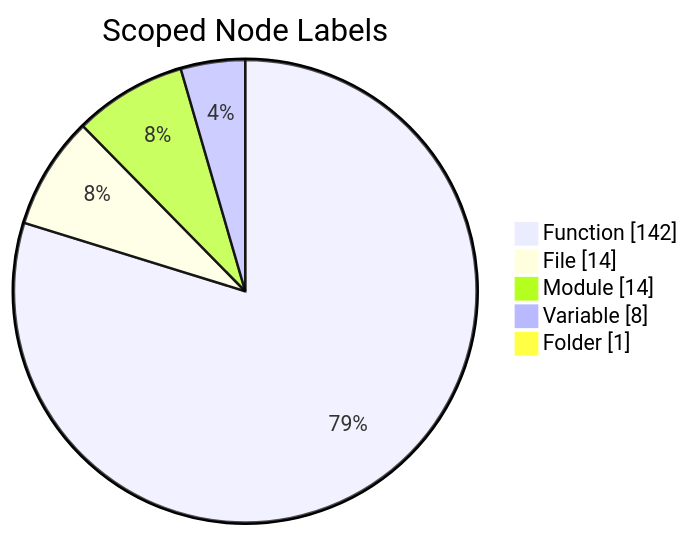
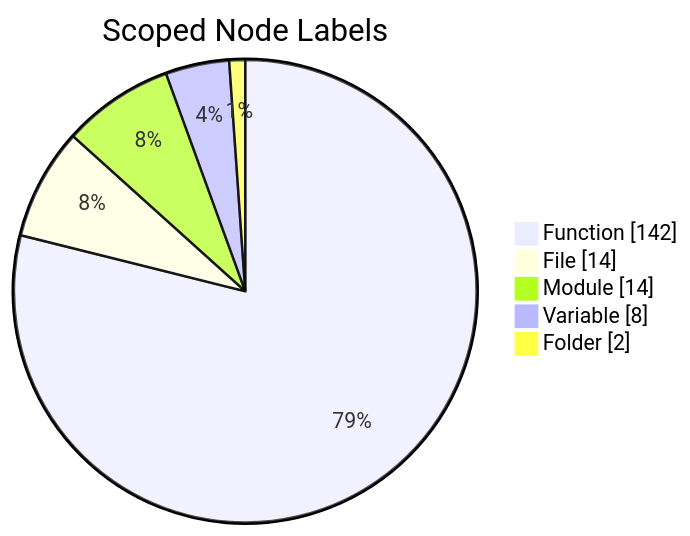
The third of 7 diagrams in .refactor/analysis/candidates/report.md (scl2bp/refactor_cli), drawn with Mermaid before and after one commit. The commit also changed other lines of this file and 1 other file, not shown here.

````diff
--- a/.refactor/analysis/candidates/report.md
+++ b/.refactor/analysis/candidates/report.md
@@ -145,9 +145,9 @@
 ```mermaid
 pie showData
   title Scoped Node Labels
   "Function" : 142
   "File" : 14
   "Module" : 14
   "Variable" : 8
-  "Folder" : 1
+  "Folder" : 2
 ```
````
